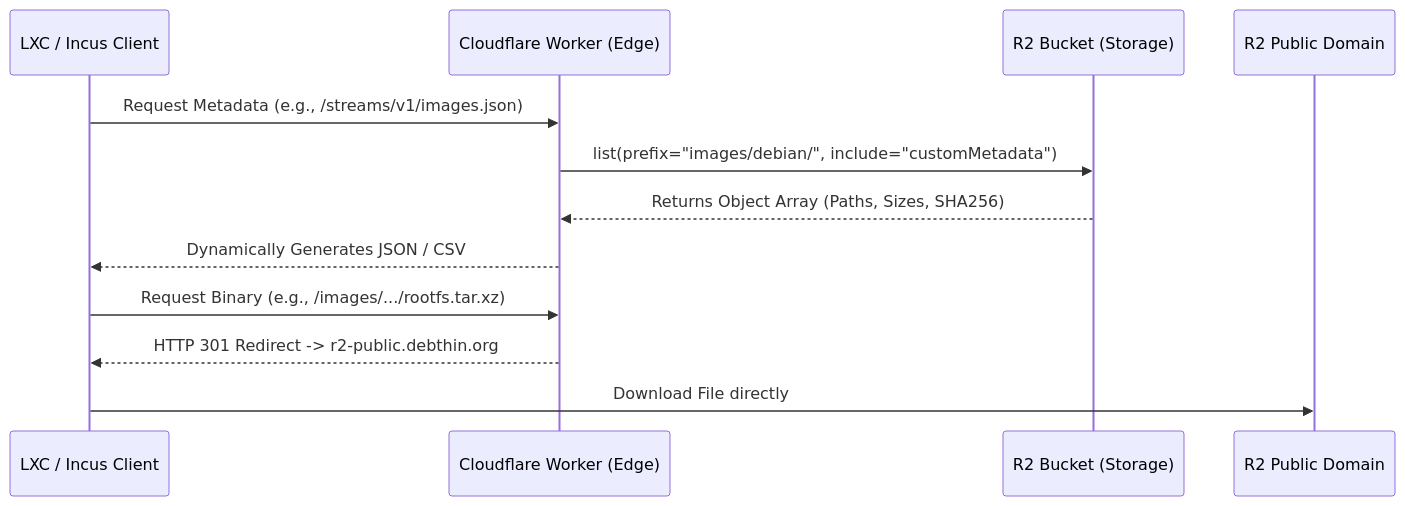
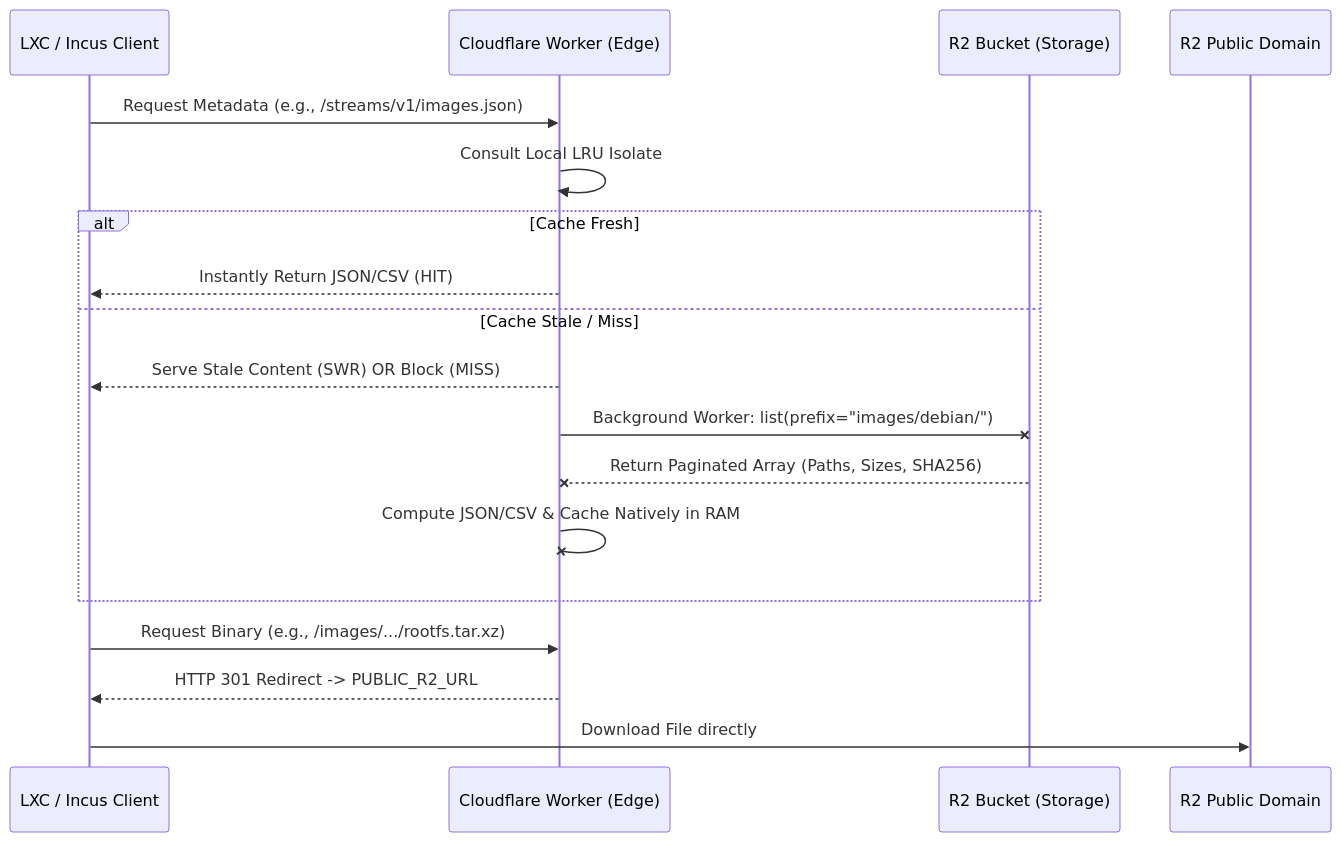
Before and after one commit to debthin/debthin: the diagram in worker/images.md, drawn with Mermaid. The commit also changed other lines of this file, not shown here.

Commit message:
docs: Update architectural markdown mapping for the images worker isolation boundaries

````diff
--- a/worker/images.md
+++ b/worker/images.md
@@ -11,16 +11,22 @@
 ```mermaid
 sequenceDiagram
     participant Client as LXC / Incus Client
     participant Edge as Cloudflare Worker (Edge)
     participant R2 as R2 Bucket (Storage)
     participant Public as R2 Public Domain
 
     Client->>Edge: Request Metadata (e.g., /streams/v1/images.json)
-    Edge->>R2: list(prefix="images/debian/", include="customMetadata")
-    R2-->>Edge: Returns Object Array (Paths, Sizes, SHA256)
-    Edge-->>Client: Dynamically Generates JSON / CSV
+    Edge->>Edge: Consult Local LRU Isolate
+    alt Cache Fresh
+        Edge-->>Client: Instantly Return JSON/CSV (HIT)
+    else Cache Stale / Miss
+        Edge-->>Client: Serve Stale Content (SWR) OR Block (MISS)
+        Edge-xR2: Background Worker: list(prefix="images/debian/")
+        R2--xEdge: Return Paginated Array (Paths, Sizes, SHA256)
+        Edge-xEdge: Compute JSON/CSV & Cache Natively in RAM
+    end
     
     Client->>Edge: Request Binary (e.g., /images/.../rootfs.tar.xz)
-    Edge-->>Client: HTTP 301 Redirect -> r2-public.debthin.org
+    Edge-->>Client: HTTP 301 Redirect -> PUBLIC_R2_URL
     Client->>Public: Download File directly
 ```
````
